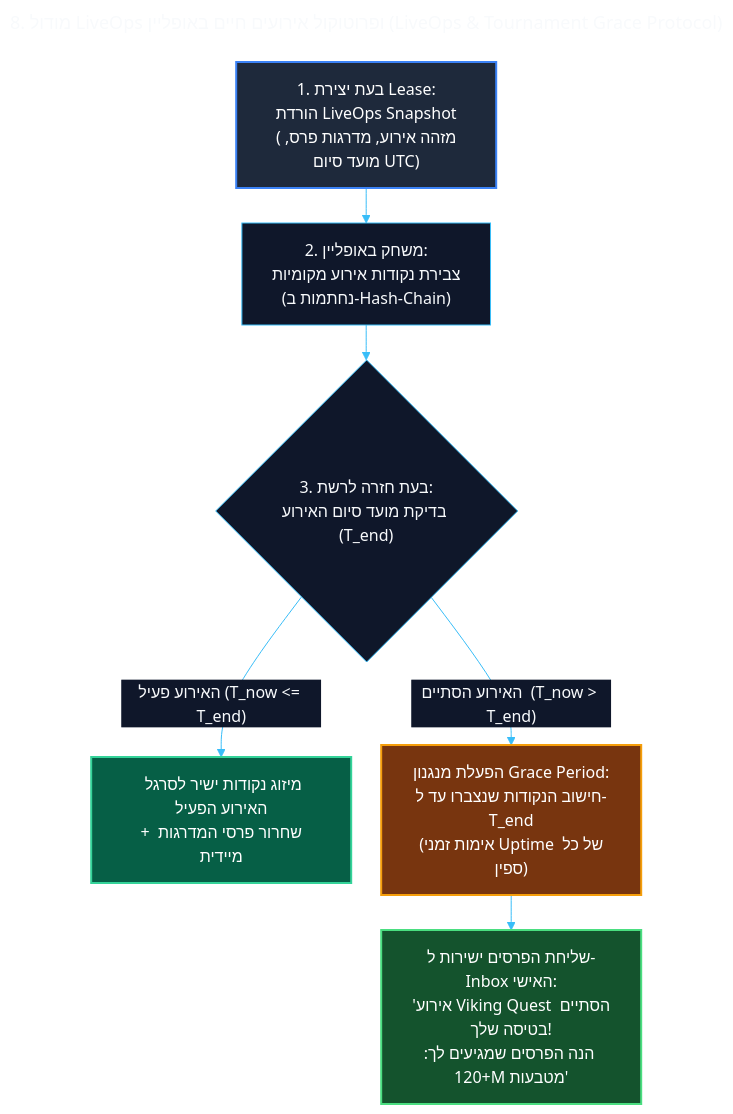
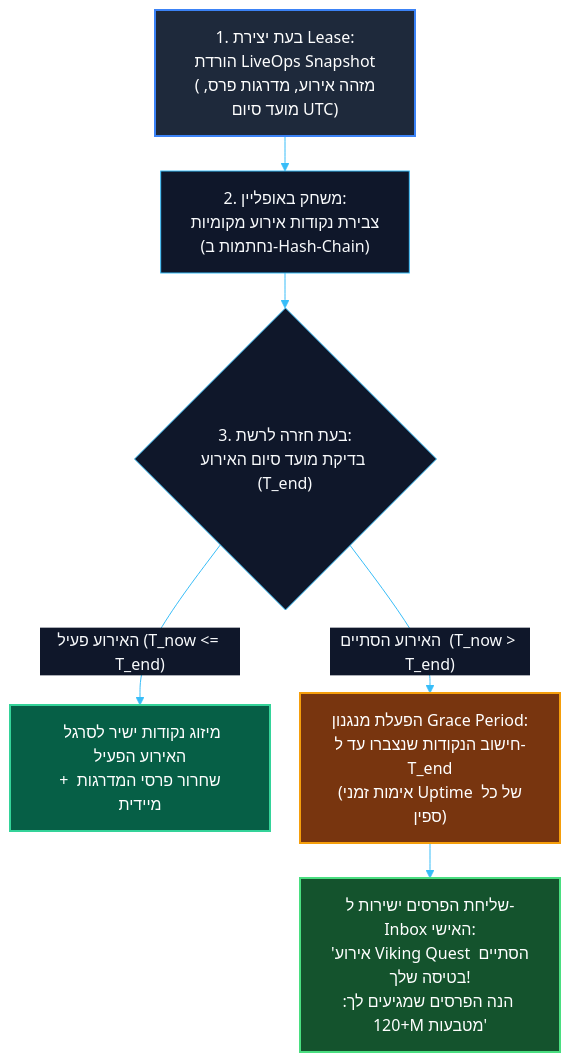
One commit to Yuvalalex/MOON-ACTIVE-MUNI-SPINE changed the diagram in prd_final_v5_CEO_chapters/08 - מודול LiveOps ופרוטוקול אירועים חיים באופליין (LiveOps & Tournament Grace Protocol).md. Above: the diagram before and after it, drawn with Mermaid. The commit also changed 16 other files, not shown here.

Commit message:
docs: fix mermaid blocks in PRD docs

````diff
--- a/prd_final_v5_CEO_chapters/08 - מודול LiveOps ופרוטוקול אירועים חיים באופליין (LiveOps & Tournament Grace Protocol).md
+++ b/prd_final_v5_CEO_chapters/08 - מודול LiveOps ופרוטוקול אירועים חיים באופליין (LiveOps & Tournament Grace Protocol).md
@@ -14,40 +14,37 @@
 ```mermaid
----
-title: 8. מודול LiveOps ופרוטוקול אירועים חיים באופליין (LiveOps & Tournament Grace Protocol)
----
 %%{init: {
   "theme": "base",
   "themeVariables": {
     "fontFamily": "Segoe UI, Assistant, sans-serif",
     "fontSize": "16px",
     "primaryColor": "#0f172a",
     "primaryTextColor": "#f8fafc",
     "primaryBorderColor": "#38bdf8",
     "lineColor": "#38bdf8",
     "secondaryColor": "#1e293b",
     "tertiaryColor": "#1e293b",
     "edgeLabelBackground": "#0f172a",
     "nodeBorder": "#38bdf8",
     "clusterBkg": "#0b1120",
     "clusterBorder": "#38bdf8"
   },
   "flowchart": { "curve": "basis", "nodeSpacing": 30, "rankSpacing": 35, "padding": 15 },
   "sequence": { "actorMargin": 30, "messageMargin": 30 },
   "state": { "nodeSpacing": 30, "rankSpacing": 35, "titleTopMargin": 15 }
 }}%%
 flowchart TD
     IssueToken["1. בעת יצירת Lease:<br/>הורדת LiveOps Snapshot<br/>(מזהה אירוע, מדרגות פרס, מועד סיום UTC)"] --> PlayOffline["2. משחק באופליין:<br/>צבירת נקודות אירוע מקומיות<br/>(נחתמות ב-Hash-Chain)"]
     
     PlayOffline --> Reconnect{"3. בעת חזרה לרשת:<br/>בדיקת מועד סיום האירוע (T_end)"}
     
     Reconnect -- "האירוע פעיל (T_now <= T_end)" --> MergeActive["מיזוג נקודות ישיר לסרגל האירוע הפעיל<br/>+ שחרור פרסי המדרגות מיידית"]
     
     Reconnect -- "האירוע הסתיים  (T_now > T_end)" --> GraceAudit["הפעלת מנגנון Grace Period:<br/>חישוב הנקודות שנצברו עד ל-T_end<br/>(אימות זמני Uptime של כל ספין)"]
     
     GraceAudit --> InboxPayout["שליחת הפרסים ישירות ל-Inbox האישי:<br/>'אירוע Viking Quest הסתיים בטיסה שלך!<br/>הנה הפרסים שמגיעים לך: +120M מטבעות'"]
 
     style IssueToken fill:#1e293b,stroke:#3b82f6,stroke-width:2px,color:#fff
     style MergeActive fill:#065f46,stroke:#34d399,stroke-width:2px,color:#fff
     style GraceAudit fill:#78350f,stroke:#f59e0b,stroke-width:2px,color:#fff
     style InboxPayout fill:#14532d,stroke:#4ade80,stroke-width:2px,color:#fff
 ```
````
